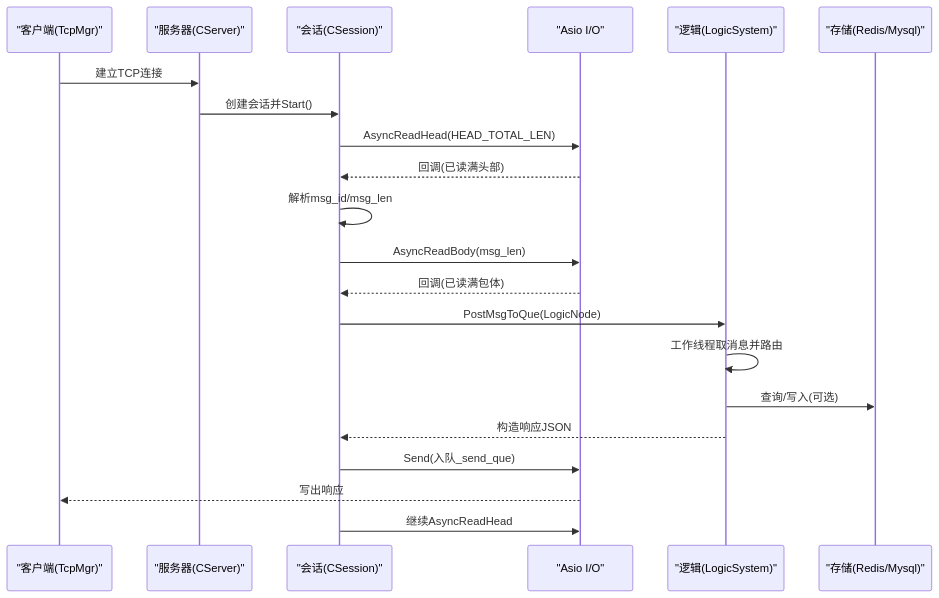
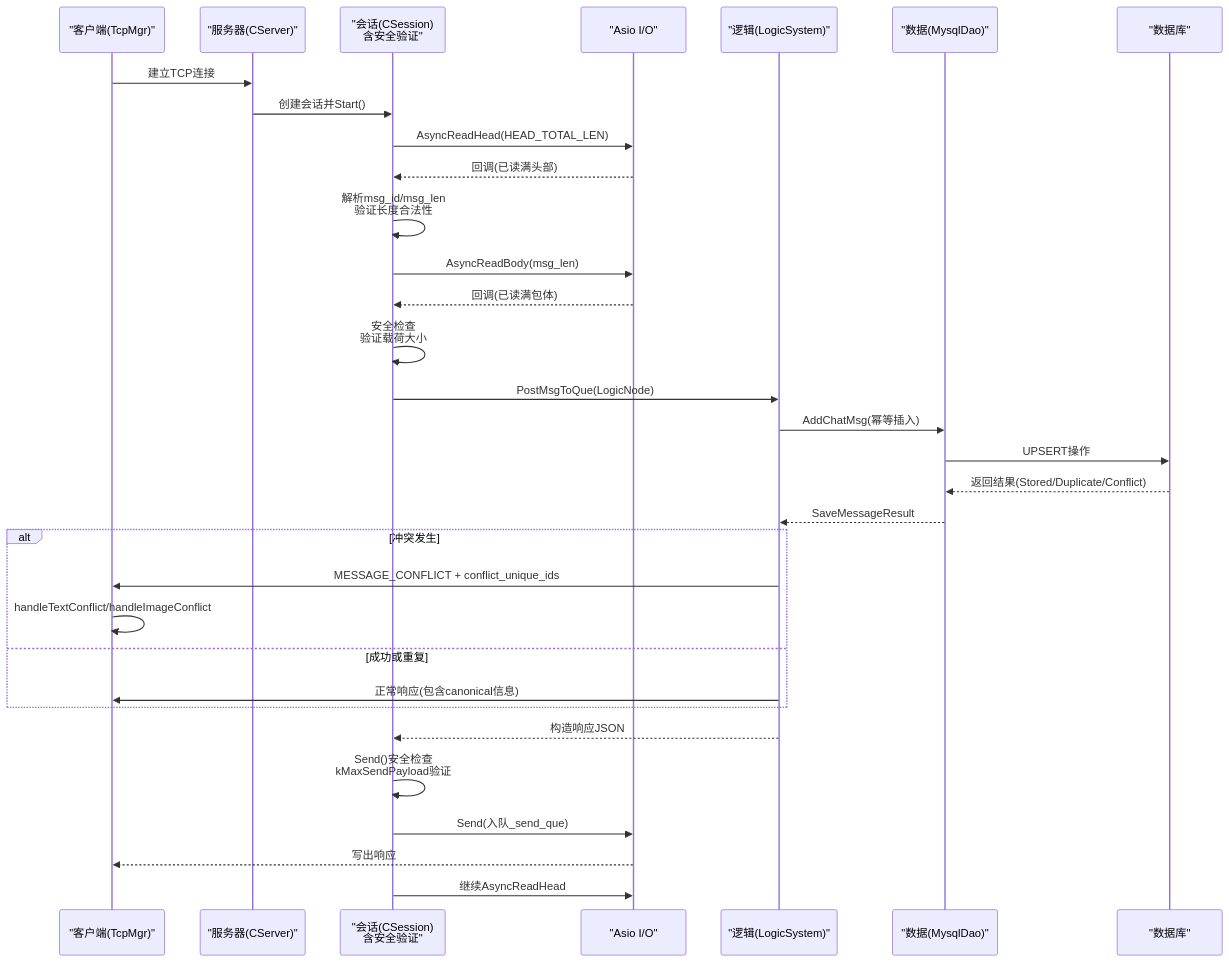
The second of 8 diagrams in .qoder/repowiki/zh/content/服务端开发/ChatServer聊天核心服务/会话管理/消息处理机制.md (echo9923/mychatter), drawn with Mermaid before and after one commit. The commit also changed other lines of this file and 54 other files, not shown here.

````diff
--- a/.qoder/repowiki/zh/content/服务端开发/ChatServer聊天核心服务/会话管理/消息处理机制.md
+++ b/.qoder/repowiki/zh/content/服务端开发/ChatServer聊天核心服务/会话管理/消息处理机制.md
@@ -102,23 +122,34 @@
 ```mermaid
 sequenceDiagram
 participant Client as "客户端(TcpMgr)"
 participant Server as "服务器(CServer)"
-participant Session as "会话(CSession)"
+participant Session as "会话(CSession)<br/>含安全验证"
 participant IO as "Asio I/O"
 participant Logic as "逻辑(LogicSystem)"
-participant DB as "存储(Redis/Mysql)"
+participant DAO as "数据(MysqlDao)"
+participant DB as "数据库"
 Client->>Server : 建立TCP连接
 Server->>Session : 创建会话并Start()
 Session->>IO : AsyncReadHead(HEAD_TOTAL_LEN)
 IO-->>Session : 回调(已读满头部)
-Session->>Session : 解析msg_id/msg_len
+Session->>Session : 解析msg_id/msg_len<br/>验证长度合法性
 Session->>IO : AsyncReadBody(msg_len)
 IO-->>Session : 回调(已读满包体)
+Session->>Session : 安全检查<br/>验证载荷大小
 Session->>Logic : PostMsgToQue(LogicNode)
-Logic->>Logic : 工作线程取消息并路由
-Logic->>DB : 查询/写入(可选)
+Logic->>DAO : AddChatMsg(幂等插入)
+DAO->>DB : UPSERT操作
+DB-->>DAO : 返回结果(Stored/Duplicate/Conflict)
+DAO-->>Logic : SaveMessageResult
+alt 冲突发生
+Logic->>Client : MESSAGE_CONFLICT + conflict_unique_ids
+Client->>Client : handleTextConflict/handleImageConflict
+else 成功或重复
+Logic->>Client : 正常响应(包含canonical信息)
+end
 Logic-->>Session : 构造响应JSON
+Session->>Session : Send()安全检查<br/>kMaxSendPayload验证
 Session->>IO : Send(入队_send_que)
 IO-->>Client : 写出响应
 Session->>IO : 继续AsyncReadHead
 ```
````
